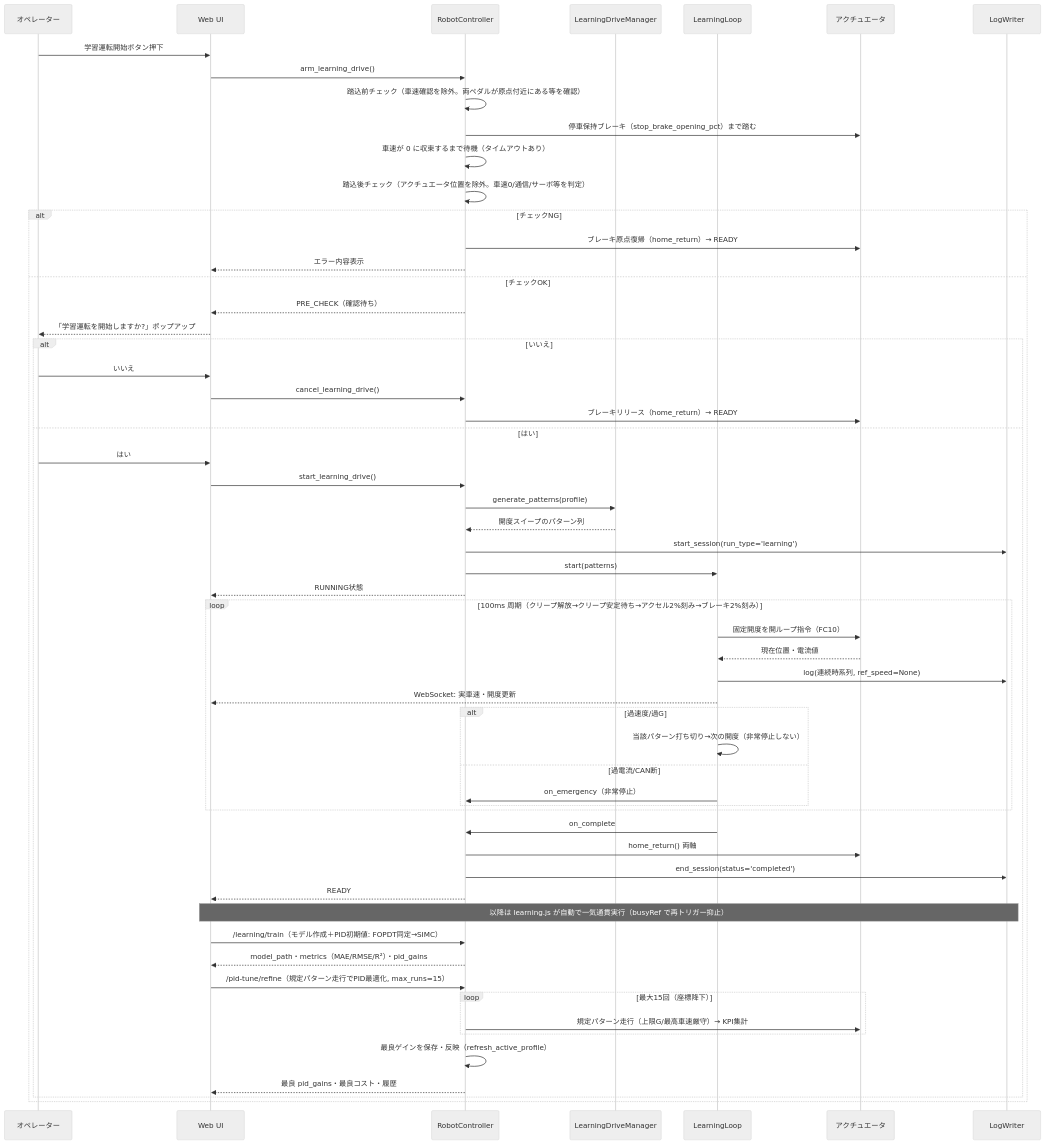
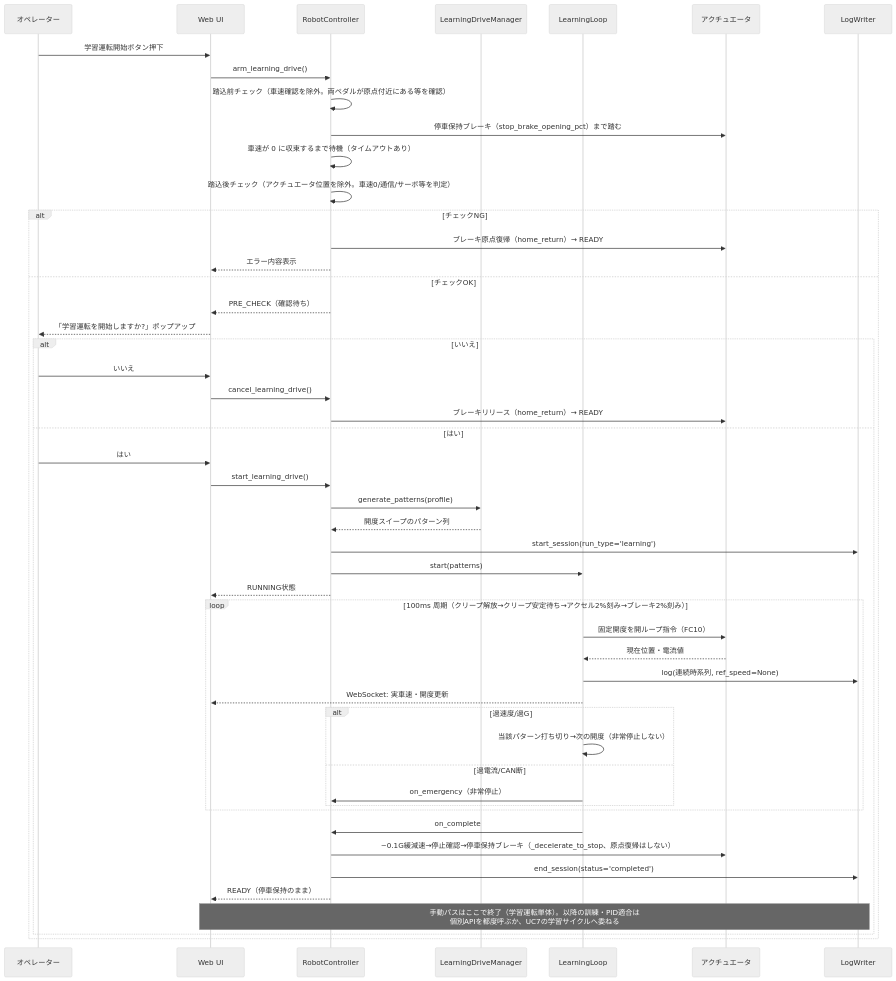
Before and after one commit to sskkusk1219/driving_robot: the ninth of 11 diagrams in docs/functional-design.md, drawn with Mermaid (neutral theme). The commit also changed other lines of this file and 105 other files, not shown here.

````diff
--- a/docs/functional-design.md
+++ b/docs/functional-design.md
@@ -963,61 +1062,53 @@
 ```mermaid
 sequenceDiagram
     participant Op as オペレーター
     participant UI as Web UI
     participant RC as RobotController
     participant LM as LearningDriveManager
     participant LL as LearningLoop
     participant HW as アクチュエータ
     participant LW as LogWriter
 
     Op->>UI: 学習運転開始ボタン押下
     UI->>RC: arm_learning_drive()
     RC->>RC: 踏込前チェック（車速確認を除外。両ペダルが原点付近にある等を確認）
     RC->>HW: 停車保持ブレーキ（stop_brake_opening_pct）まで踏む
     RC->>RC: 車速が 0 に収束するまで待機（タイムアウトあり）
     RC->>RC: 踏込後チェック（アクチュエータ位置を除外。車速0/通信/サーボ等を判定）
     alt チェックNG
         RC->>HW: ブレーキ原点復帰（home_return）→ READY
         RC-->>UI: エラー内容表示
     else チェックOK
         RC-->>UI: PRE_CHECK（確認待ち）
         UI-->>Op: 「学習運転を開始しますか?」ポップアップ
         alt いいえ
             Op->>UI: いいえ
             UI->>RC: cancel_learning_drive()
             RC->>HW: ブレーキリリース（home_return）→ READY
         else はい
             Op->>UI: はい
             UI->>RC: start_learning_drive()
             RC->>LM: generate_patterns(profile)
             LM-->>RC: 開度スイープのパターン列
             RC->>LW: start_session(run_type='learning')
             RC->>LL: start(patterns)
             RC-->>UI: RUNNING状態
             loop 100ms 周期（クリープ解放→クリープ安定待ち→アクセル2%刻み→ブレーキ2%刻み）
                 LL->>HW: 固定開度を開ループ指令（FC10）
                 HW-->>LL: 現在位置・電流値
                 LL->>LW: log(連続時系列, ref_speed=None)
                 LL-->>UI: WebSocket: 実車速・開度更新
                 alt 過速度/過G
                     LL->>LL: 当該パターン打ち切り→次の開度（非常停止しない）
                 else 過電流/CAN断
                     LL->>RC: on_emergency（非常停止）
                 end
             end
             LL->>RC: on_complete
-            RC->>HW: home_return() 両軸
+            RC->>HW: ~0.1G緩減速→停止確認→停車保持ブレーキ（_decelerate_to_stop、原点復帰はしない）
             RC->>LW: end_session(status='completed')
-            RC-->>UI: READY
-            Note over UI,LW: 以降は learning.js が自動で一気通貫実行（busyRef で再トリガー抑止）
-            UI->>RC: /learning/train（モデル作成＋PID初期値: FOPDT同定→SIMC）
-            RC-->>UI: model_path・metrics（MAE/RMSE/R²）・pid_gains
-            UI->>RC: /pid-tune/refine（規定パターン走行でPID最適化, max_runs=15）
-            loop 最大15回（座標降下）
-                RC->>HW: 規定パターン走行（上限G/最高車速厳守）→ KPI集計
-            end
-            RC->>RC: 最良ゲインを保存・反映（refresh_active_profile）
-            RC-->>UI: 最良 pid_gains・最良コスト・履歴
+            RC-->>UI: READY（停車保持のまま）
+            Note over UI,LW: 手動パスはここで終了（学習運転単体）。以降の訓練・PID適合は<br/>個別APIを都度呼ぶか、UC7の学習サイクルへ委ねる
         end
     end
 ```
````
